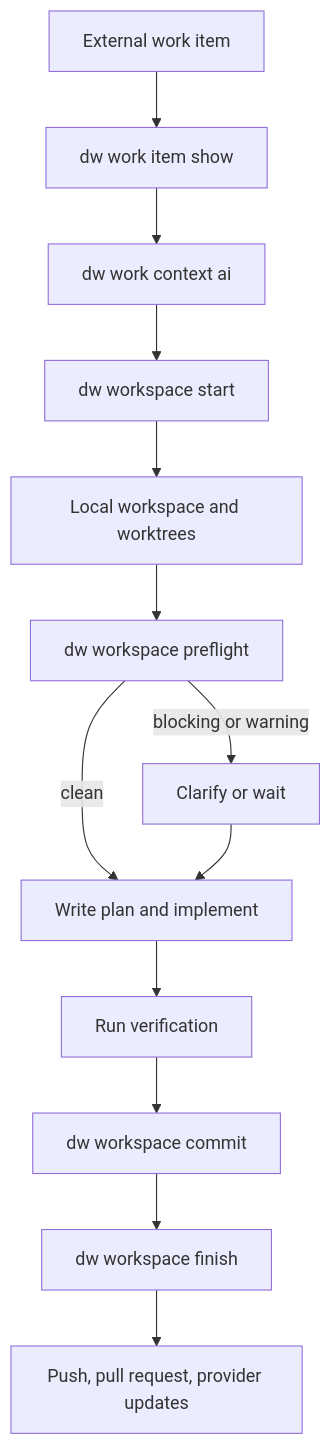
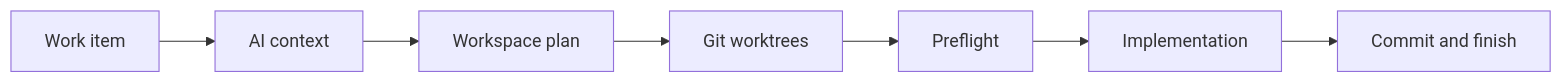
Before and after one commit to sachahjkl/dw: the diagram in README.md, drawn with Mermaid. The commit also changed other lines of this file and 2 other files, not shown here.

````diff
--- a/README.md
+++ b/README.md
@@ -220,15 +121,9 @@
 ```mermaid
-flowchart TD
-    A[External work item] --> B[dw work item show]
-    B --> C[dw work context ai]
-    C --> D[dw workspace start]
-    D --> E[Local workspace and worktrees]
-    E --> F[dw workspace preflight]
-    F -->|blocking or warning| G[Clarify or wait]
-    F -->|clean| H[Write plan and implement]
-    G --> H
-    H --> I[Run verification]
-    I --> J[dw workspace commit]
-    J --> K[dw workspace finish]
-    K --> L[Push, pull request, provider updates]
+flowchart LR
+    A[Work item] --> B[AI context]
+    B --> C[Workspace plan]
+    C --> D[Git worktrees]
+    D --> E[Preflight]
+    E --> F[Implementation]
+    F --> G[Commit and finish]
 ```
````
